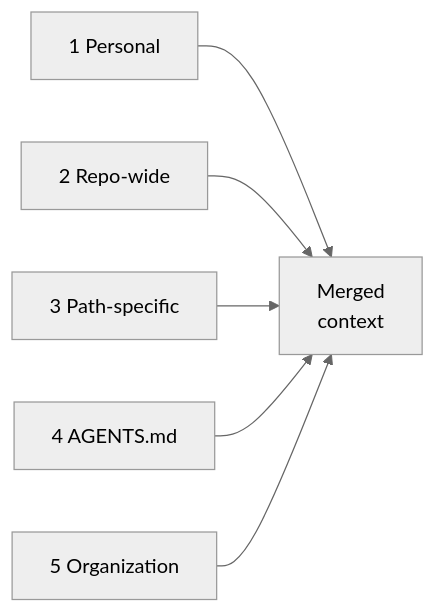
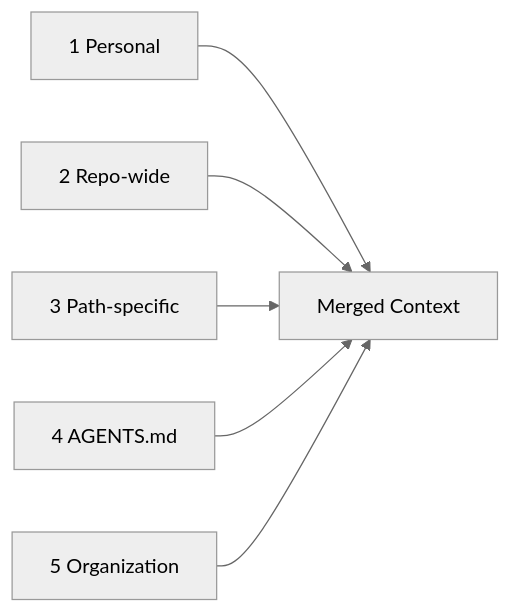
One commit to woliveiras/woliveiras.github.io changed the second of 2 diagrams in src/content/hands-on-coding-assistants/ch-08-repository-custom-instructions.mdx. Above: the diagram before and after it, drawn with Mermaid (neutral theme).

Commit message:
fix: update flowchart label for clarity in repository custom instructions

````diff
--- a/src/content/hands-on-coding-assistants/ch-08-repository-custom-instructions.mdx
+++ b/src/content/hands-on-coding-assistants/ch-08-repository-custom-instructions.mdx
@@ -369,8 +369,8 @@
 ```mermaid
 flowchart LR
-  P["1 Personal"] --> M["Merged\ncontext"]
+  P["1 Personal"] --> M["Merged Context"]
   R["2 Repo-wide"] --> M
   PA["3 Path-specific"] --> M
   A["4 AGENTS.md"] --> M
   O["5 Organization"] --> M
 ```
````
